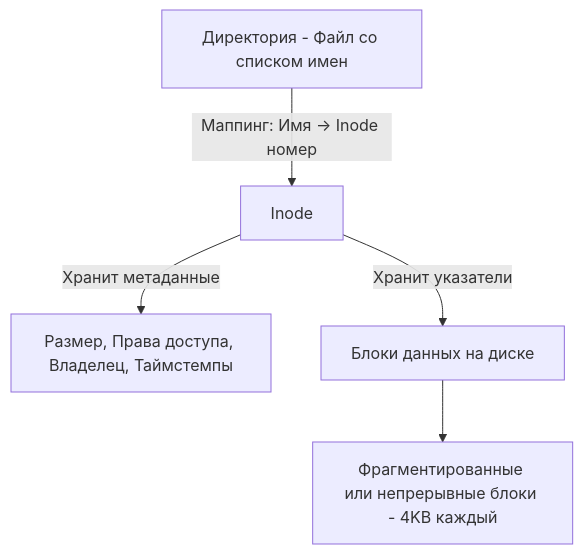
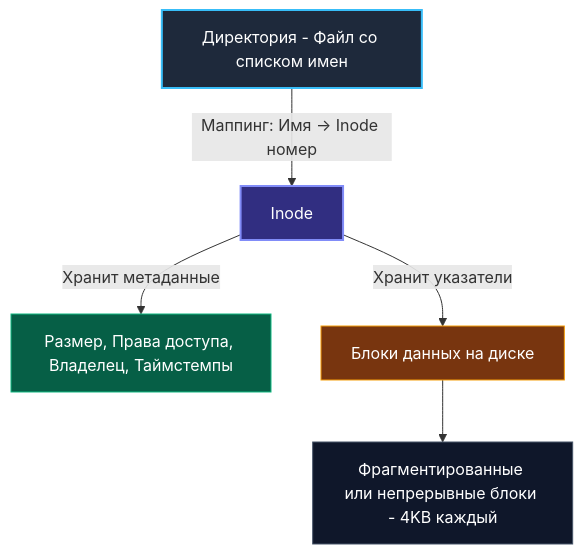
One commit to UnrealTemplier/go-textbook changed the diagram in sources/19. Инфраструктура. Linux, nginx, Docker, Kubernetes/01. Linux/3. Файловая система Linux.md. Above: the diagram before and after it, drawn with Mermaid. The commit also changed other lines of this file, not shown here.

````diff
--- a/sources/19. Инфраструктура. Linux, nginx, Docker, Kubernetes/01. Linux/3. Файловая система Linux.md
+++ b/sources/19. Инфраструктура. Linux, nginx, Docker, Kubernetes/01. Linux/3. Файловая система Linux.md
@@ -12,7 +22,13 @@
 ```mermaid
 flowchart TD
     A["Директория - Файл со списком имен"] -->|"Маппинг: Имя -> Inode номер"| B["Inode"]
     B -->|"Хранит метаданные"| C["Размер, Права доступа, Владелец, Таймстемпы"]
     B -->|"Хранит указатели"| D["Блоки данных на диске"]
     D --> E["Фрагментированные или непрерывные блоки - 4KB каждый"]
+
+    style A fill:#1e293b,stroke:#38bdf8,stroke-width:2px,color:#fff
+    style B fill:#312e81,stroke:#818cf8,stroke-width:2px,color:#fff
+    style C fill:#065f46,stroke:#10b981,color:#fff
+    style D fill:#78350f,stroke:#f59e0b,color:#fff
+    style E fill:#0f172a,stroke:#475569,color:#fff
 ```
````
